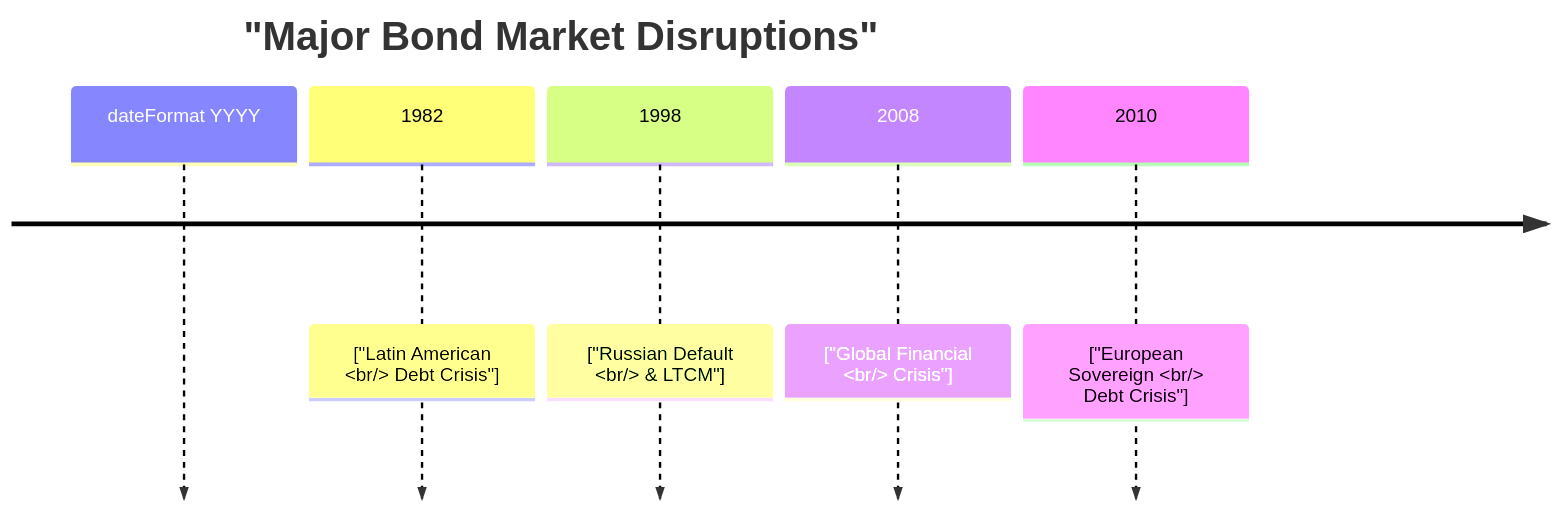
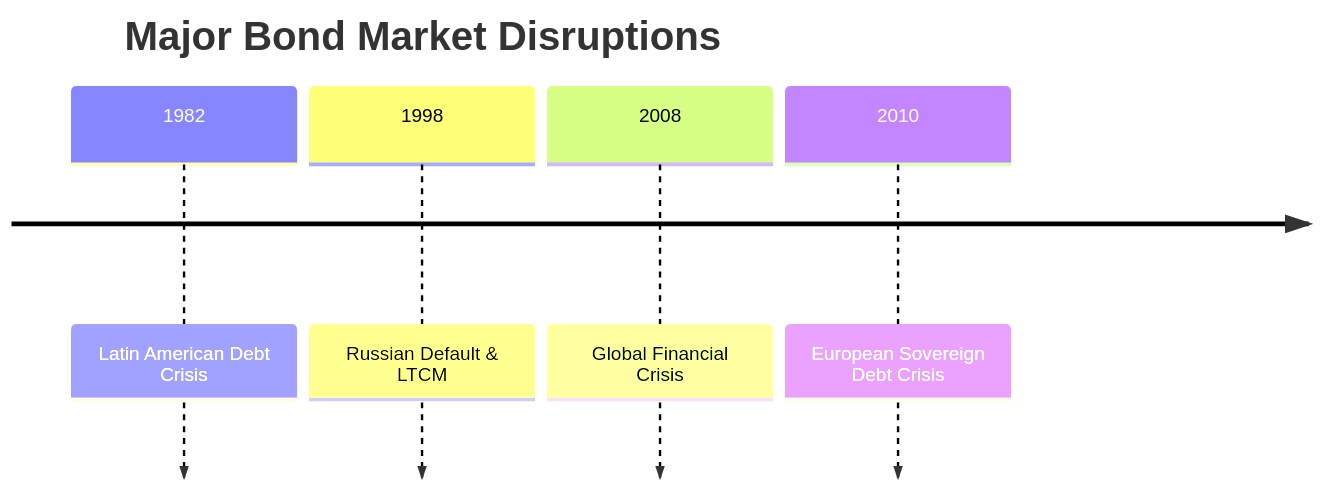
The diagram in content/cfa-level-1/volume-6-fixed-income/1/13/index.md (MasteryEducation/FinancialAnalystGuide.com), drawn with Mermaid before and after one commit. The commit also changed 1 other file, not shown here.

````diff
--- a/content/cfa-level-1/volume-6-fixed-income/1/13/index.md
+++ b/content/cfa-level-1/volume-6-fixed-income/1/13/index.md
@@ -114,9 +114,8 @@
 ```mermaid
 timeline
-    title "Major Bond Market Disruptions"
-    dateFormat YYYY
-    1982  : ["Latin American <br/> Debt Crisis"]
-    1998  : ["Russian Default <br/> & LTCM"]
-    2008  : ["Global Financial <br/> Crisis"]
-    2010  : ["European Sovereign <br/> Debt Crisis"]
+    title Major Bond Market Disruptions
+    1982  : Latin American Debt Crisis
+    1998  : Russian Default & LTCM
+    2008  : Global Financial Crisis
+    2010  : European Sovereign Debt Crisis
 ```
````
